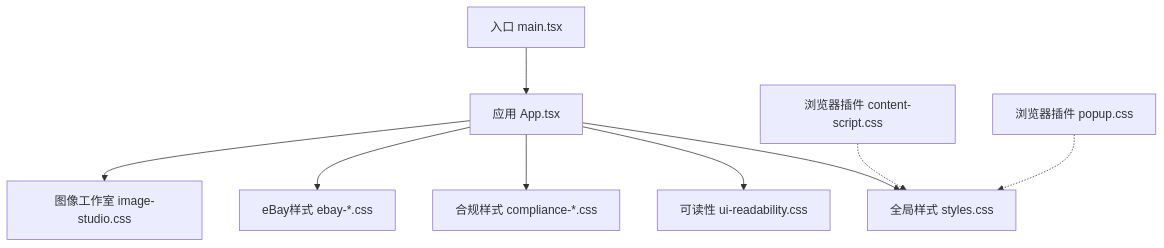
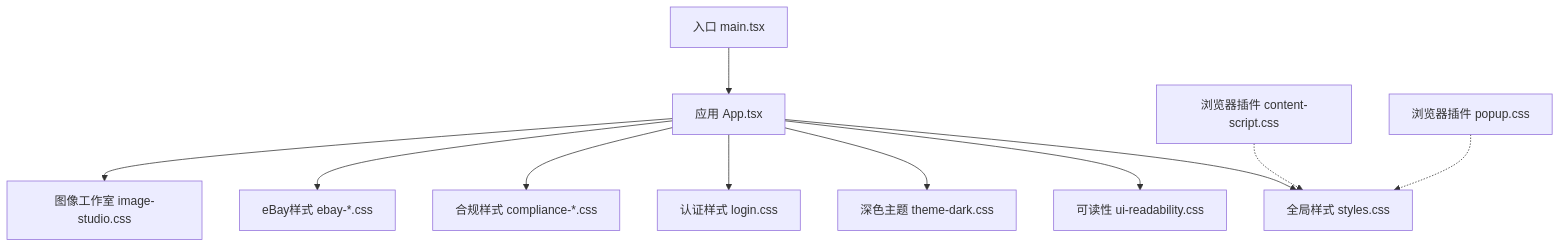
One commit to iljahofbauer219-lang/yandu changed the second of 3 diagrams in .qoder/repowiki/zh/content/系统架构/渲染进程架构/UI组件库与样式系统.md. Above: the diagram before and after it, drawn with Mermaid. The commit also changed other lines of this file and 3071 other files, not shown here.

````diff
--- a/.qoder/repowiki/zh/content/系统架构/渲染进程架构/UI组件库与样式系统.md
+++ b/.qoder/repowiki/zh/content/系统架构/渲染进程架构/UI组件库与样式系统.md
@@ -139,11 +153,13 @@
 ```mermaid
 flowchart TD
 A["入口 main.tsx"] --> B["应用 App.tsx"]
 B --> C["全局样式 styles.css"]
 B --> D["可读性 ui-readability.css"]
-B --> E["合规样式 compliance-*.css"]
-B --> F["eBay样式 ebay-*.css"]
-B --> G["图像工作室 image-studio.css"]
-H["浏览器插件 content-script.css"] -.-> C
-I["浏览器插件 popup.css"] -.-> C
+B --> E["深色主题 theme-dark.css"]
+B --> F["认证样式 login.css"]
+B --> G["合规样式 compliance-*.css"]
+B --> H["eBay样式 ebay-*.css"]
+B --> I["图像工作室 image-studio.css"]
+J["浏览器插件 content-script.css"] -.-> C
+K["浏览器插件 popup.css"] -.-> C
 ```
````
